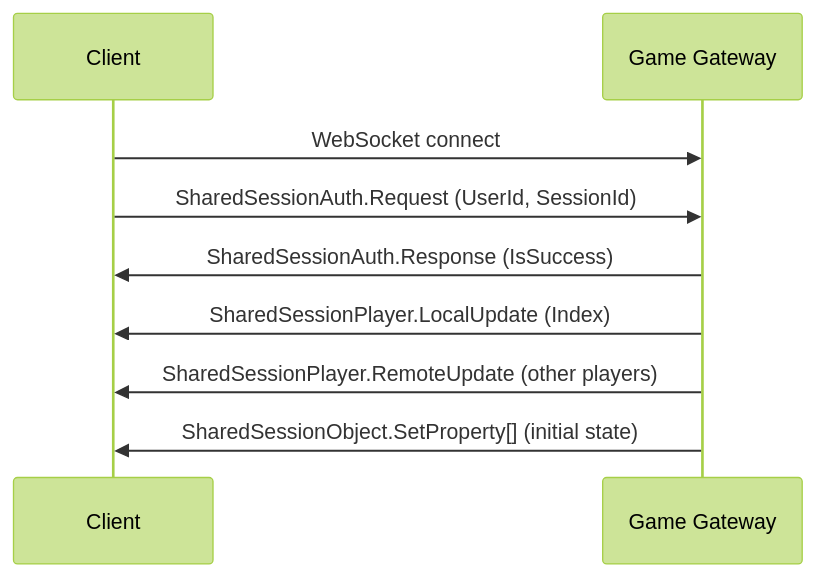
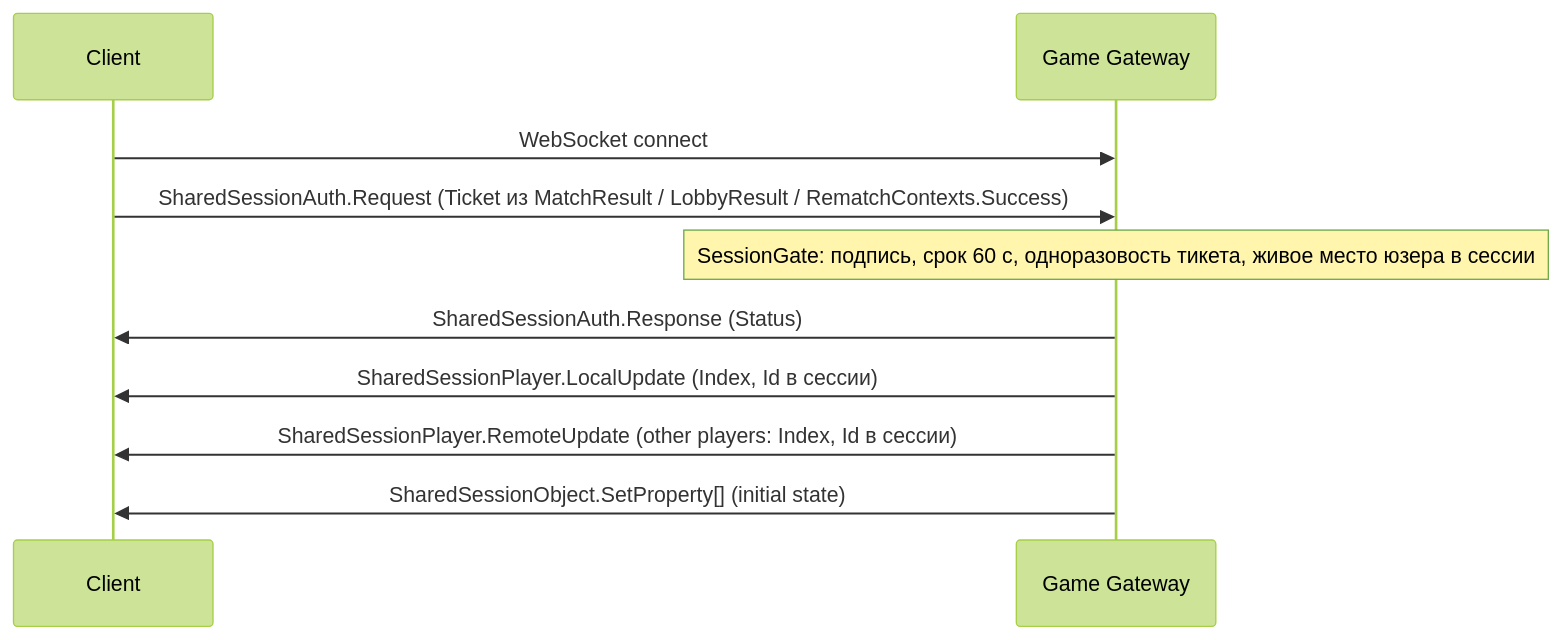
One commit to noncasted/mines-leader changed the fifth of 5 diagrams in docs/obsidian/architecture/client-network.md. Above: the diagram before and after it, drawn with Mermaid (forest theme). The commit also changed other lines of this file and 75 other files, not shown here.

First line of the commit message:
[Security] Guest secret auth and signed session tickets

````diff
--- a/docs/obsidian/architecture/client-network.md
+++ b/docs/obsidian/architecture/client-network.md
@@ -121,12 +124,13 @@
 ```mermaid
 sequenceDiagram
     participant C as Client
     participant G as Game Gateway
 
     C->>G: WebSocket connect
-    C->>G: SharedSessionAuth.Request (UserId, SessionId)
-    G->>C: SharedSessionAuth.Response (IsSuccess)
-    G->>C: SharedSessionPlayer.LocalUpdate (Index)
-    G->>C: SharedSessionPlayer.RemoteUpdate (other players)
+    C->>G: SharedSessionAuth.Request (Ticket из MatchResult / LobbyResult / RematchContexts.Success)
+    Note over G: SessionGate: подпись, срок 60 с, одноразовость тикета, живое место юзера в сессии
+    G->>C: SharedSessionAuth.Response (Status)
+    G->>C: SharedSessionPlayer.LocalUpdate (Index, Id в сессии)
+    G->>C: SharedSessionPlayer.RemoteUpdate (other players: Index, Id в сессии)
     G->>C: SharedSessionObject.SetProperty[] (initial state)
 ```
````
